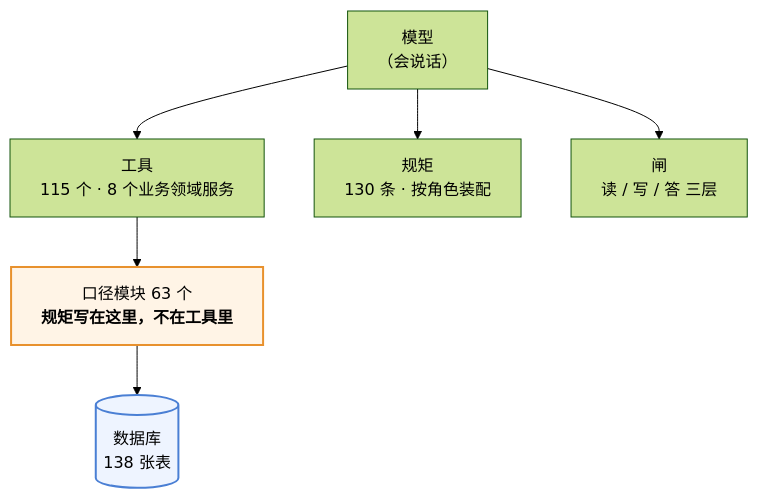
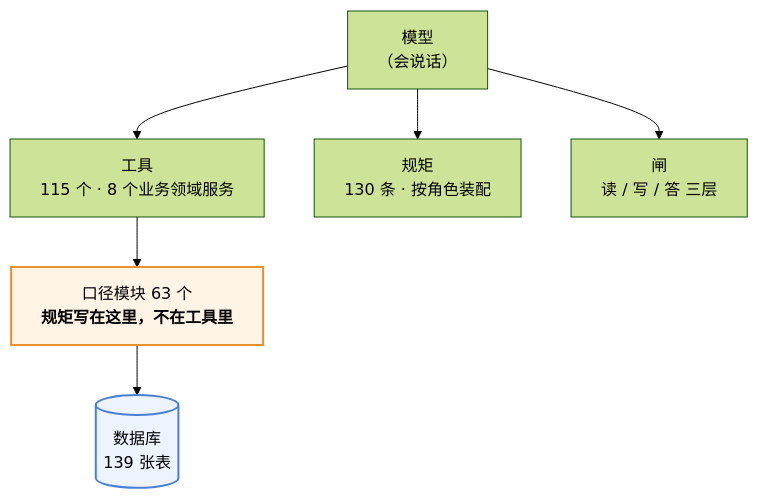
One commit to 843773296-rgb/lanxiu-yunshang-agent changed the first of 3 diagrams in 澜绣云裳agent-产品说明.md. Above: the diagram before and after it, drawn with Mermaid (forest theme). The commit also changed other lines of this file and 18 other files, not shown here.

````diff
--- a/澜绣云裳agent-产品说明.md
+++ b/澜绣云裳agent-产品说明.md
@@ -62,12 +62,12 @@
 ```mermaid
 flowchart TD
     M["模型<br/>（会说话）"]
     M --> T["工具<br/>115 个 · 8 个业务领域服务"]
     M --> R["规矩<br/>130 条 · 按角色装配"]
     M --> G["闸<br/>读 / 写 / 答 三层"]
     T --> K["口径模块 63 个<br/><b>规矩写在这里，不在工具里</b>"]
-    K --> DB[("数据库<br/>138 张表")]
+    K --> DB[("数据库<br/>139 张表")]
 
     style K fill:#fff4e6,stroke:#e8912d,stroke-width:2px
     style DB fill:#eef4ff,stroke:#4a7fd4,stroke-width:2px
 ```
````
